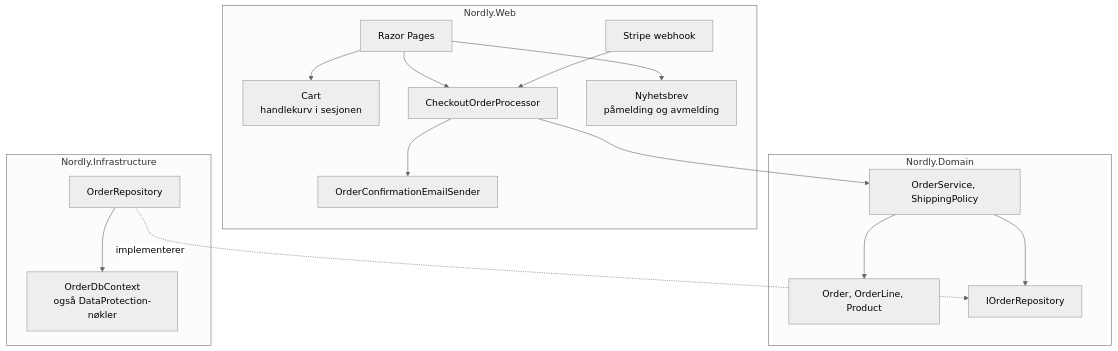
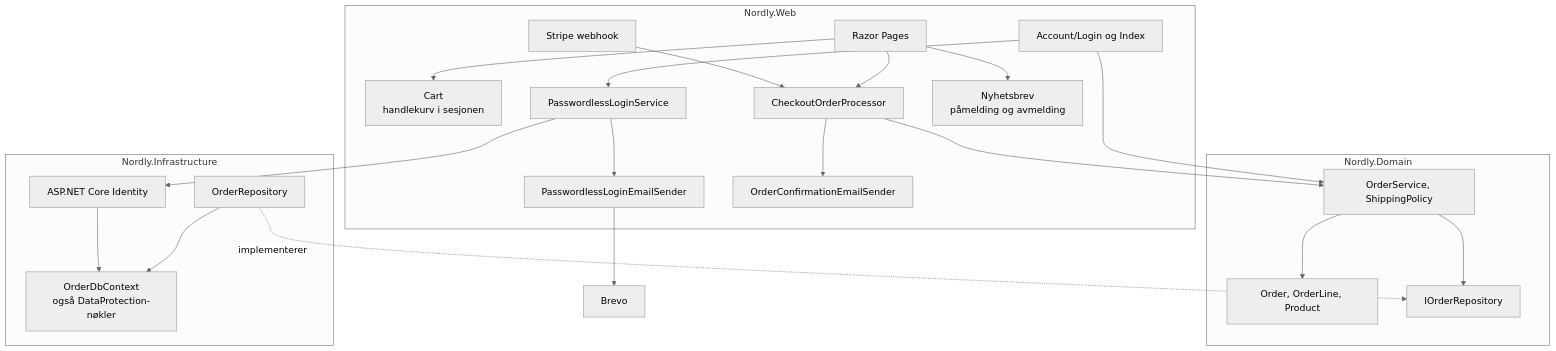
One commit to Khhashi/Nordly changed the second of 6 diagrams in docs/ARCHITECTURE.md. Above: the diagram before and after it, drawn with Mermaid (neutral theme). The commit also changed other lines of this file and 1 other file, not shown here.

````diff
--- a/docs/ARCHITECTURE.md
+++ b/docs/ARCHITECTURE.md
@@ -49,30 +50,40 @@
 ```mermaid
 flowchart TB
     subgraph Web[Nordly.Web]
         Pages[Razor Pages]
         Cart[Cart<br/>handlekurv i sesjonen]
+        Account[Account/Login og Index]
+        Login[PasswordlessLoginService]
+        LoginEmail[PasswordlessLoginEmailSender]
         Webhook[Stripe webhook]
         Processor[CheckoutOrderProcessor]
         Email[OrderConfirmationEmailSender]
         Newsletter[Nyhetsbrev<br/>påmelding og avmelding]
     end
     subgraph Domain[Nordly.Domain]
         Entities[Order, OrderLine, Product]
         Services[OrderService, ShippingPolicy]
         IRepo[IOrderRepository]
     end
     subgraph Infra[Nordly.Infrastructure]
         Repo[OrderRepository]
         Ctx[OrderDbContext<br/>også DataProtection-nøkler]
+        Identity[ASP.NET Core Identity]
     end
     Pages --> Cart
+    Account --> Login
+    Login --> Identity
+    Login --> LoginEmail
+    LoginEmail --> Brevo[Brevo]
+    Account --> Services
     Pages --> Processor
     Pages --> Newsletter
     Webhook --> Processor
     Processor --> Services
     Processor --> Email
     Services --> Entities
     Services --> IRepo
     Repo -.implementerer.-> IRepo
     Repo --> Ctx
+    Identity --> Ctx
 ```
````
